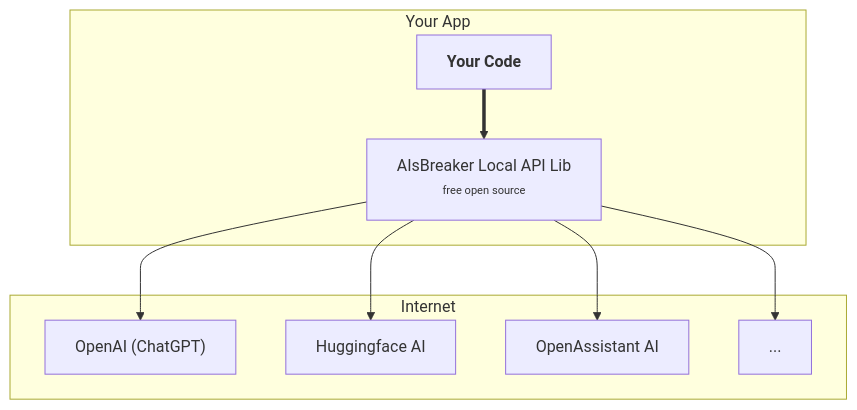
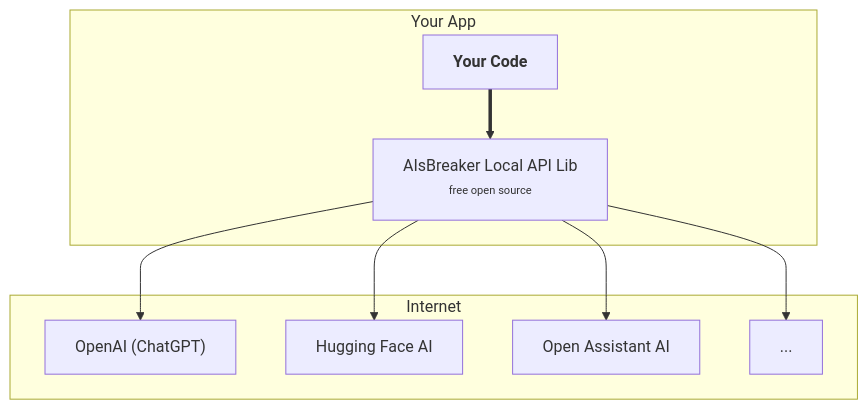
The second of 2 diagrams in site/docs/architecture.md (aisbreaker/aisbreaker.org), drawn with Mermaid before and after one commit. The commit also changed other lines of this file and 3 other files, not shown here.

````diff
--- a/site/docs/architecture.md
+++ b/site/docs/architecture.md
@@ -56,13 +56,13 @@
 ```mermaid
 graph TD
   subgraph client[Your App]
     App[<b>Your Code</b>] ==> Lib["AIsBreaker Local API Lib
                                    <sub><sup>free open source</sup></sub>"]
   end
   subgraph internet["Internet"]
     Lib --> AI1["OpenAI (ChatGPT)"]
-    Lib --> AI2["Huggingface AI"]
-    Lib --> AI3["OpenAssistant AI"]
+    Lib --> AI2["Hugging Face AI"]
+    Lib --> AI3["Open Assistant AI"]
     Lib --> AI4["..."]
   end
 ```
````
